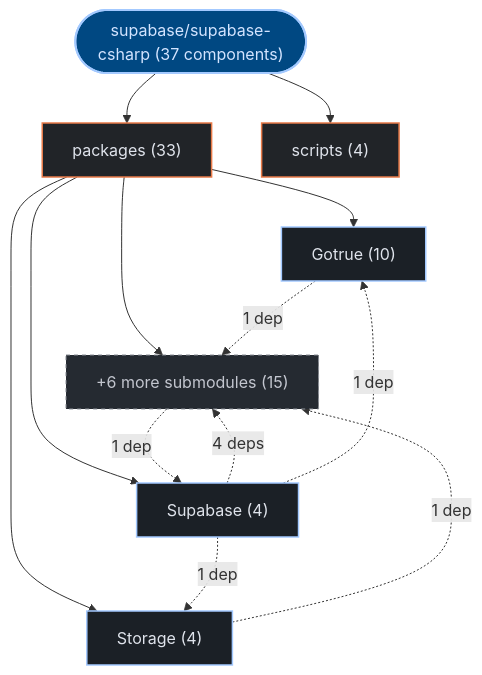
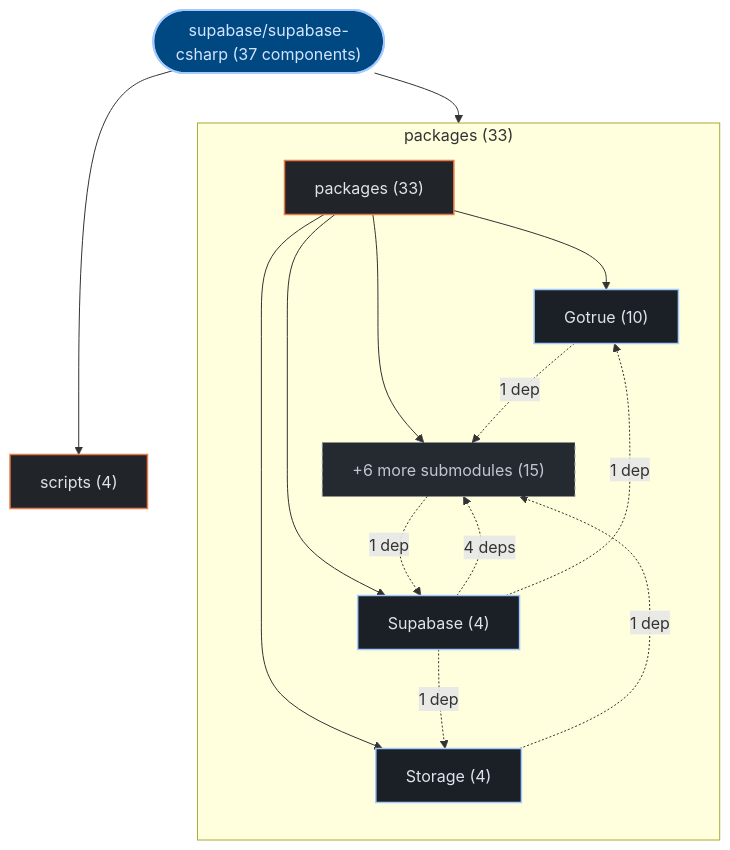
One commit to kumarshaz/atruss-code-atlas changed the first of 3 diagrams in exports/latest/reports/supabase-supabase-csharp-report.md. Above: the diagram before and after it, drawn with Mermaid. The commit also changed 178 other files, not shown here.

Commit message:
feat(ui,mermaid): upgrade to mermaid v12 + ELK layout, add orgs-summary + pagination, subgraph building blocks, fix tab alignment

````diff
--- a/exports/latest/reports/supabase-supabase-csharp-report.md
+++ b/exports/latest/reports/supabase-supabase-csharp-report.md
@@ -41,29 +41,32 @@
 ```mermaid
 graph TD;
   classDef atlasRoot fill:#004882,stroke:#a3c9ff,stroke-width:2px,color:#d3e4ff
   classDef atlasCategory fill:#212428,stroke:#E87A48,stroke-width:1.5px,color:#dfe3eb
   classDef atlasWorkflow fill:#1b2026,stroke:#a3c9ff,stroke-width:1.5px,color:#dfe3eb
   classDef atlasJob fill:#171c22,stroke:#8d9199,stroke-width:1px,color:#dfe3eb
   classDef atlasTarget fill:#005227,stroke:#8bd99b,stroke-width:1.5px,color:#a7f6b6
   classDef atlasAlert fill:#93000a,stroke:#ffb4ab,stroke-width:1.5px,color:#ffdad6
   classDef atlasMore fill:#252a31,stroke:#8d9199,stroke-dasharray:4 4,color:#c3c6cf
     repo_root(["supabase/supabase-csharp (37 components)"]):::atlasRoot
-    dir_0_packages["packages (33)"]:::atlasCategory
+    subgraph sg_dir_0_packages["packages (33)"]
+      direction TB
+      dir_0_packages["packages (33)"]:::atlasCategory
+      sub_0_0_Gotrue["Gotrue (10)"]:::atlasWorkflow
+      dir_0_packages --> sub_0_0_Gotrue
+      sub_0_1_Storage["Storage (4)"]:::atlasWorkflow
+      dir_0_packages --> sub_0_1_Storage
+      sub_0_2_Supabase["Supabase (4)"]:::atlasWorkflow
+      dir_0_packages --> sub_0_2_Supabase
+      sub_0_more["+6 more submodules (15)"]:::atlasMore
+      dir_0_packages --> sub_0_more
+    end
     repo_root --> dir_0_packages
-    sub_0_0_Gotrue["Gotrue (10)"]:::atlasWorkflow
-    dir_0_packages --> sub_0_0_Gotrue
-    sub_0_1_Storage["Storage (4)"]:::atlasWorkflow
-    dir_0_packages --> sub_0_1_Storage
-    sub_0_2_Supabase["Supabase (4)"]:::atlasWorkflow
-    dir_0_packages --> sub_0_2_Supabase
-    sub_0_more["+6 more submodules (15)"]:::atlasMore
-    dir_0_packages --> sub_0_more
     dir_1_scripts["scripts (4)"]:::atlasCategory
     repo_root --> dir_1_scripts
     sub_0_2_Supabase -.->|"4 deps"| sub_0_more
     sub_0_0_Gotrue -.->|"1 dep"| sub_0_more
     sub_0_1_Storage -.->|"1 dep"| sub_0_more
     sub_0_2_Supabase -.->|"1 dep"| sub_0_0_Gotrue
     sub_0_2_Supabase -.->|"1 dep"| sub_0_1_Storage
     sub_0_more -.->|"1 dep"| sub_0_2_Supabase
 ```
````
